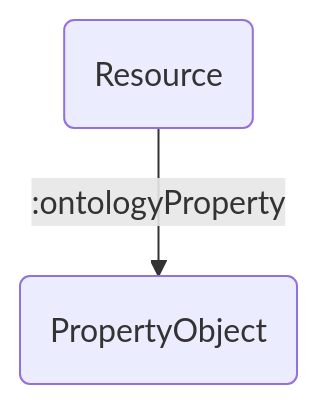
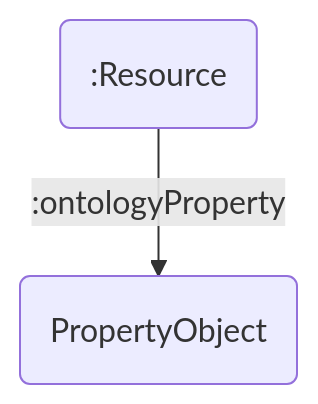
The second of 2 diagrams in docs/developers/decision-log.md (dasch-swiss/dsp-tools), drawn with Mermaid before and after one commit. The commit also changed other lines of this file, not shown here.

````diff
--- a/docs/developers/decision-log.md
+++ b/docs/developers/decision-log.md
@@ -31,4 +38,4 @@
 ```mermaid
 flowchart TD
-    C(Resource) -->|:ontologyProperty| D(PropertyObject)
+    C(:Resource) -->|:ontologyProperty| D(PropertyObject)
 ```
````
